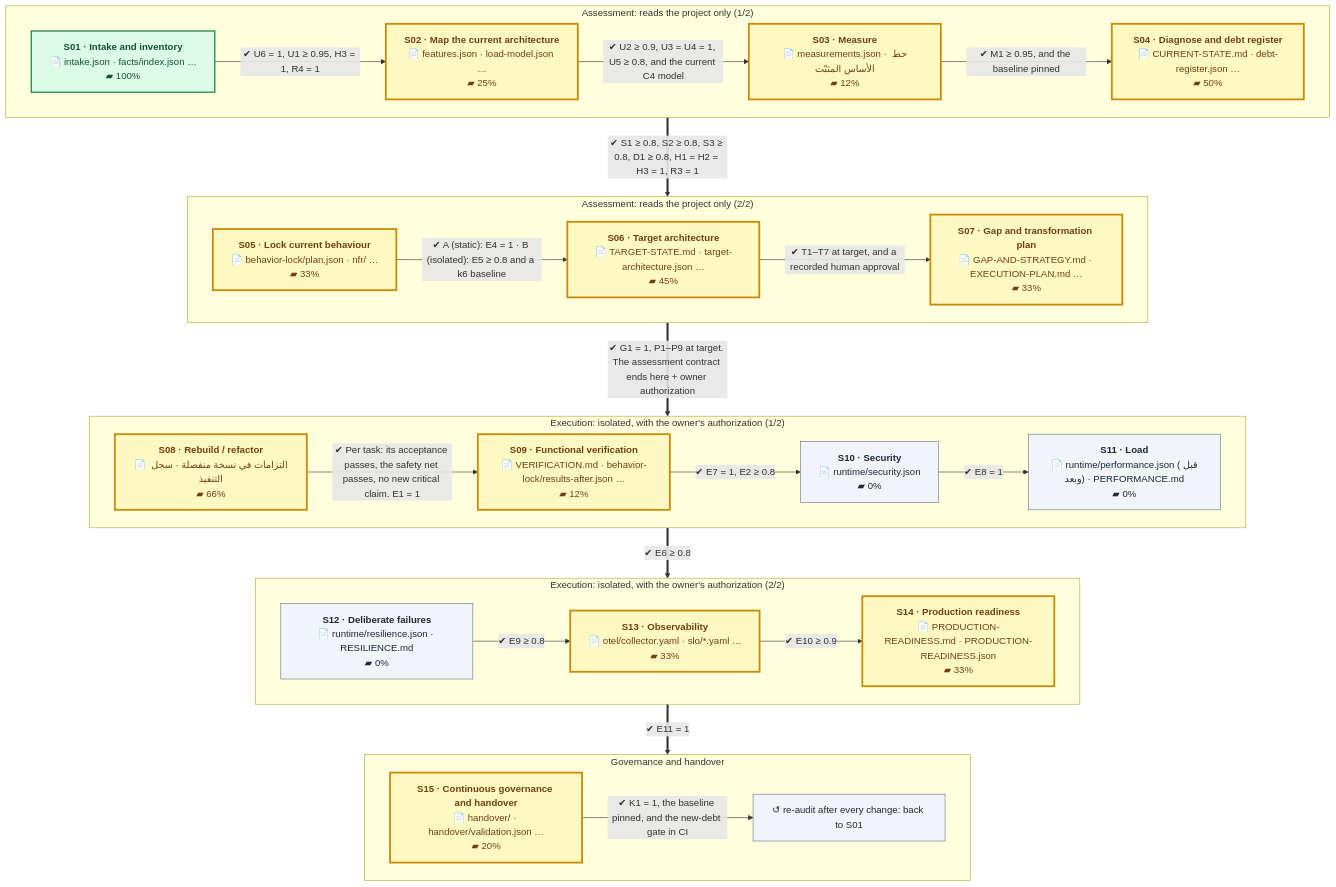
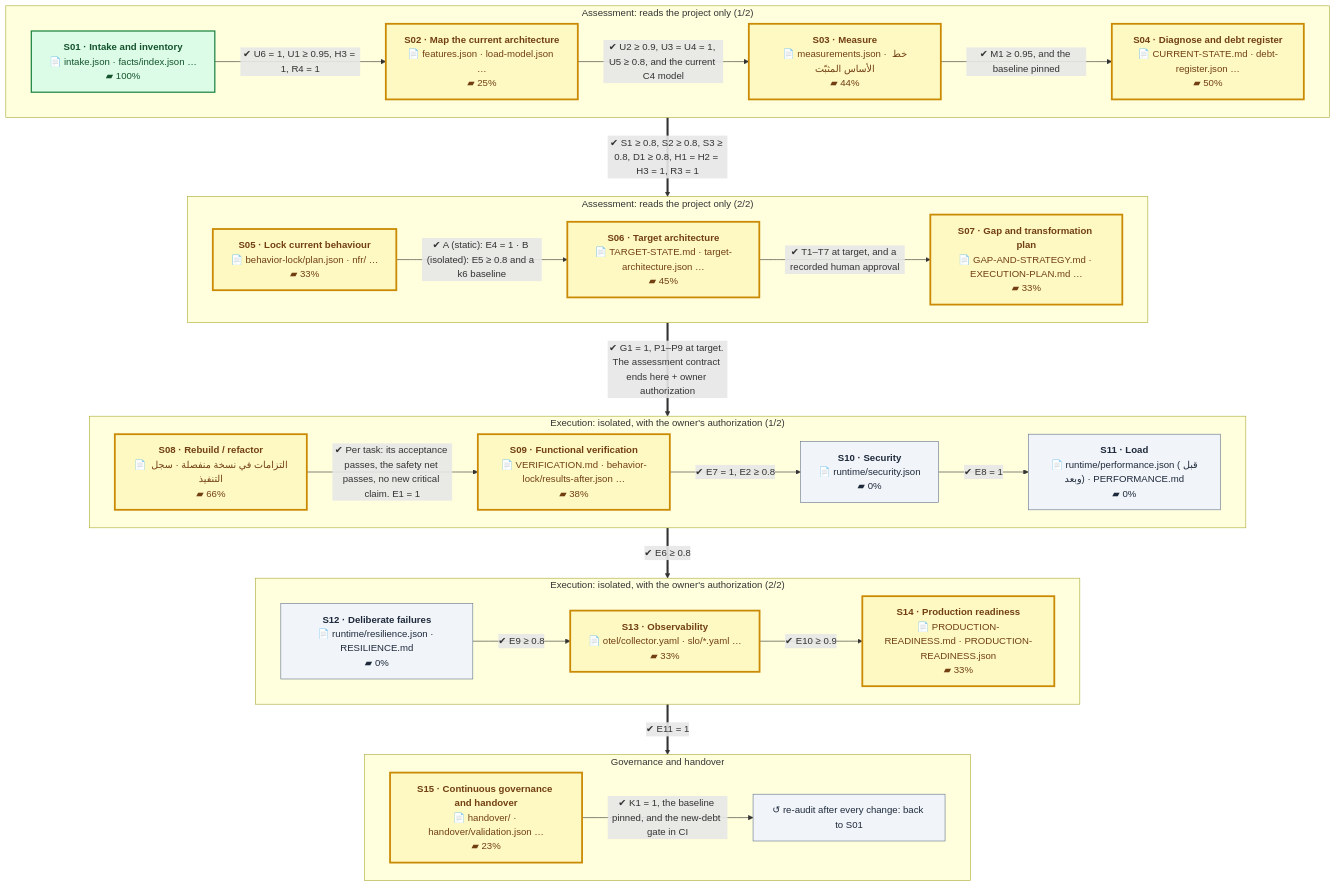
The first of 2 diagrams in README.en.md (eom1417/engineering-audit-os), drawn with Mermaid before and after one commit. The commit also changed other lines of this file and 4 other files, not shown here.

````diff
--- a/README.en.md
+++ b/README.en.md
@@ -52,54 +52,54 @@
 ```mermaid
 %%{init: {'flowchart': {'wrappingWidth': 260, 'nodeSpacing': 40, 'rankSpacing': 60}}}%%
 flowchart TB
     subgraph P1["Assessment: reads the project only (1/2)"]
         direction LR
         S01["<b>S01 · Intake and inventory</b><br/>📄 intake.json · facts/index.json …<br/>▰ 100%"]:::done
         S02["<b>S02 · Map the current architecture</b><br/>📄 features.json · load-model.json …<br/>▰ 25%"]:::current
-        S03["<b>S03 · Measure</b><br/>📄 measurements.json · خط الأساس المثبّت<br/>▰ 12%"]:::current
+        S03["<b>S03 · Measure</b><br/>📄 measurements.json · خط الأساس المثبّت<br/>▰ 44%"]:::current
         S04["<b>S04 · Diagnose and debt register</b><br/>📄 CURRENT-STATE.md · debt-register.json …<br/>▰ 50%"]:::current
         S01 -->|"✔ U6 = 1, U1 ≥ 0.95, H3 = 1, R4 = 1"| S02
         S02 -->|"✔ U2 ≥ 0.9, U3 = U4 = 1, U5 ≥ 0.8, and the current C4 model"| S03
         S03 -->|"✔ M1 ≥ 0.95, and the baseline pinned"| S04
     end
     subgraph P2["Assessment: reads the project only (2/2)"]
         direction LR
         S05["<b>S05 · Lock current behaviour</b><br/>📄 behavior-lock/plan.json · nfr/ …<br/>▰ 33%"]:::current
         S06["<b>S06 · Target architecture</b><br/>📄 TARGET-STATE.md · target-architecture.json …<br/>▰ 45%"]:::current
         S07["<b>S07 · Gap and transformation plan</b><br/>📄 GAP-AND-STRATEGY.md · EXECUTION-PLAN.md …<br/>▰ 33%"]:::current
         S05 -->|"✔ A (static): E4 = 1 · B (isolated): E5 ≥ 0.8 and a k6 baseline"| S06
         S06 -->|"✔ T1–T7 at target, and a recorded human approval"| S07
     end
     subgraph P3["Execution: isolated, with the owner's authorization (1/2)"]
         direction LR
         S08["<b>S08 · Rebuild / refactor</b><br/>📄 التزامات في نسخة منفصلة · سجل التنفيذ<br/>▰ 66%"]:::current
-        S09["<b>S09 · Functional verification</b><br/>📄 VERIFICATION.md · behavior-lock/results-after.json …<br/>▰ 12%"]:::current
+        S09["<b>S09 · Functional verification</b><br/>📄 VERIFICATION.md · behavior-lock/results-after.json …<br/>▰ 38%"]:::current
         S10["<b>S10 · Security</b><br/>📄 runtime/security.json<br/>▰ 0%"]:::next
         S11["<b>S11 · Load</b><br/>📄 runtime/performance.json (قبل وبعد) · PERFORMANCE.md<br/>▰ 0%"]:::next
         S08 -->|"✔ Per task: its acceptance passes, the safety net passes, no new critical claim. E1 = 1"| S09
         S09 -->|"✔ E7 = 1, E2 ≥ 0.8"| S10
         S10 -->|"✔ E8 = 1"| S11
     end
     subgraph P4["Execution: isolated, with the owner's authorization (2/2)"]
         direction LR
         S12["<b>S12 · Deliberate failures</b><br/>📄 runtime/resilience.json · RESILIENCE.md<br/>▰ 0%"]:::next
         S13["<b>S13 · Observability</b><br/>📄 otel/collector.yaml · slo/*.yaml …<br/>▰ 33%"]:::current
         S14["<b>S14 · Production readiness</b><br/>📄 PRODUCTION-READINESS.md · PRODUCTION-READINESS.json<br/>▰ 33%"]:::current
         S12 -->|"✔ E9 ≥ 0.8"| S13
         S13 -->|"✔ E10 ≥ 0.9"| S14
     end
     subgraph P5["Governance and handover"]
         direction LR
-        S15["<b>S15 · Continuous governance and handover</b><br/>📄 handover/ · handover/validation.json …<br/>▰ 20%"]:::current
+        S15["<b>S15 · Continuous governance and handover</b><br/>📄 handover/ · handover/validation.json …<br/>▰ 23%"]:::current
         LOOP["↺ re-audit after every change: back to S01"]:::next
         S15 -->|"✔ K1 = 1, the baseline pinned, and the new-debt gate in CI"| LOOP
     end
     P1 ==>|"✔ S1 ≥ 0.8, S2 ≥ 0.8, S3 ≥ 0.8, D1 ≥ 0.8, H1 = H2 = H3 = 1, R3 = 1"| P2
     P2 ==>|"✔ G1 = 1, P1–P9 at target. The assessment contract ends here + owner authorization"| P3
     P3 ==>|"✔ E6 ≥ 0.8"| P4
     P4 ==>|"✔ E11 = 1"| P5
     classDef done fill:#dcfce7,stroke:#15803d,color:#14532d,stroke-width:2px
     classDef current fill:#fef9c3,stroke:#ca8a04,color:#713f12,stroke-width:3px
     classDef next fill:#f1f5f9,stroke:#64748b,color:#1e293b
     classDef owner fill:#fee2e2,stroke:#b91c1c,color:#7f1d1d,stroke-dasharray:5 3
 ```
````
